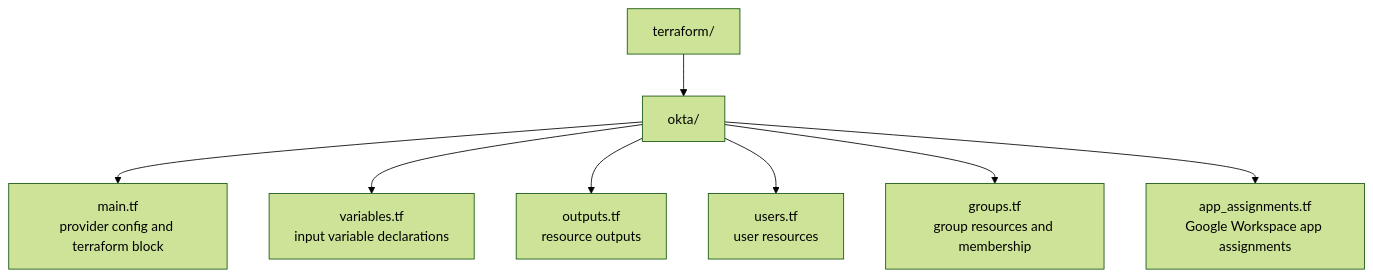
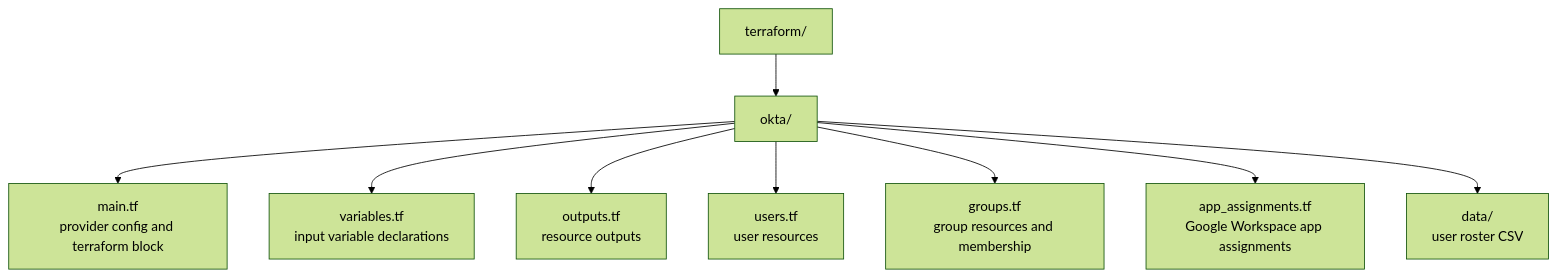
The diagram in terraform/README.md (neilchvz/cairahq-platform), drawn with Mermaid (forest theme) before and after one commit. The commit also changed other lines of this file and 8 other files, not shown here.

Commit message:
feat: add terraform okta provider with csv-driven user provisioning

````diff
--- a/terraform/README.md
+++ b/terraform/README.md
@@ -11,11 +11,12 @@
 ```mermaid
 graph TD
     TF[terraform/]
     TF --> Okta[okta/]
     Okta --> A[main.tf<br/>provider config and terraform block]
     Okta --> B[variables.tf<br/>input variable declarations]
     Okta --> C[outputs.tf<br/>resource outputs]
     Okta --> D[users.tf<br/>user resources]
     Okta --> E[groups.tf<br/>group resources and membership]
     Okta --> F[app_assignments.tf<br/>Google Workspace app assignments]
+    Okta --> G[data/<br/>user roster CSV]
 ```
````
